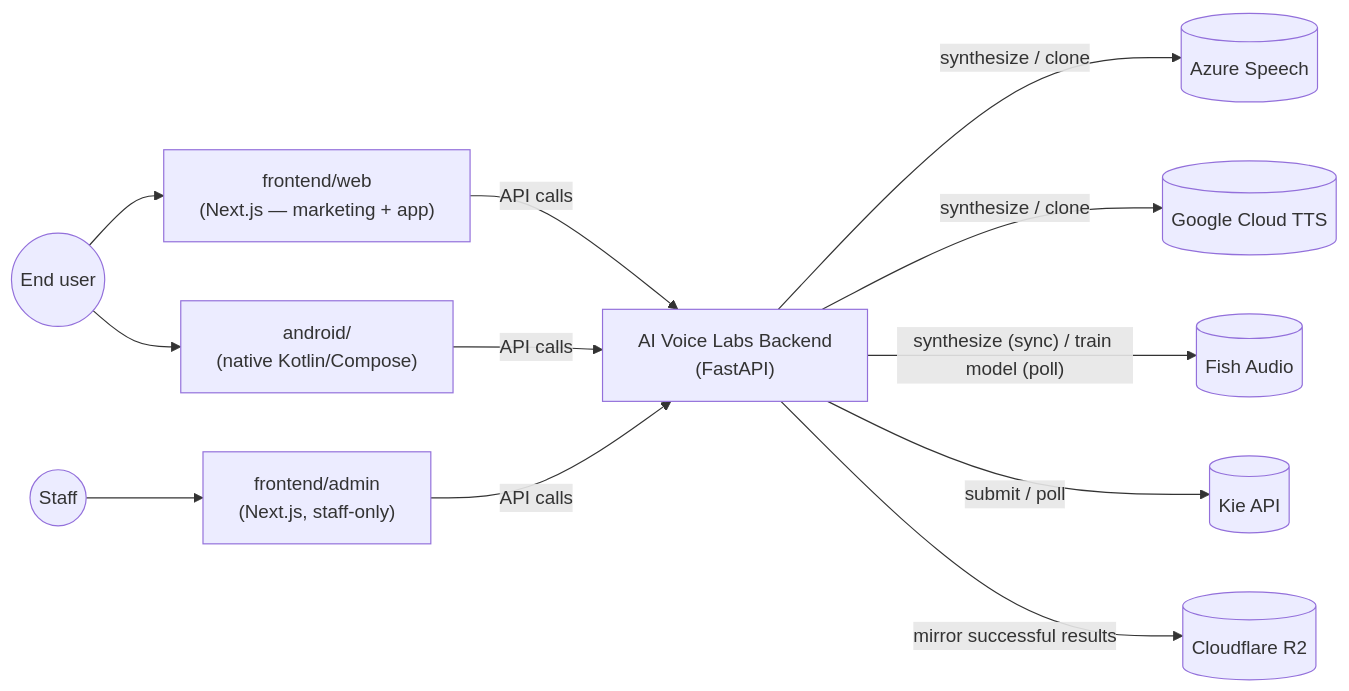
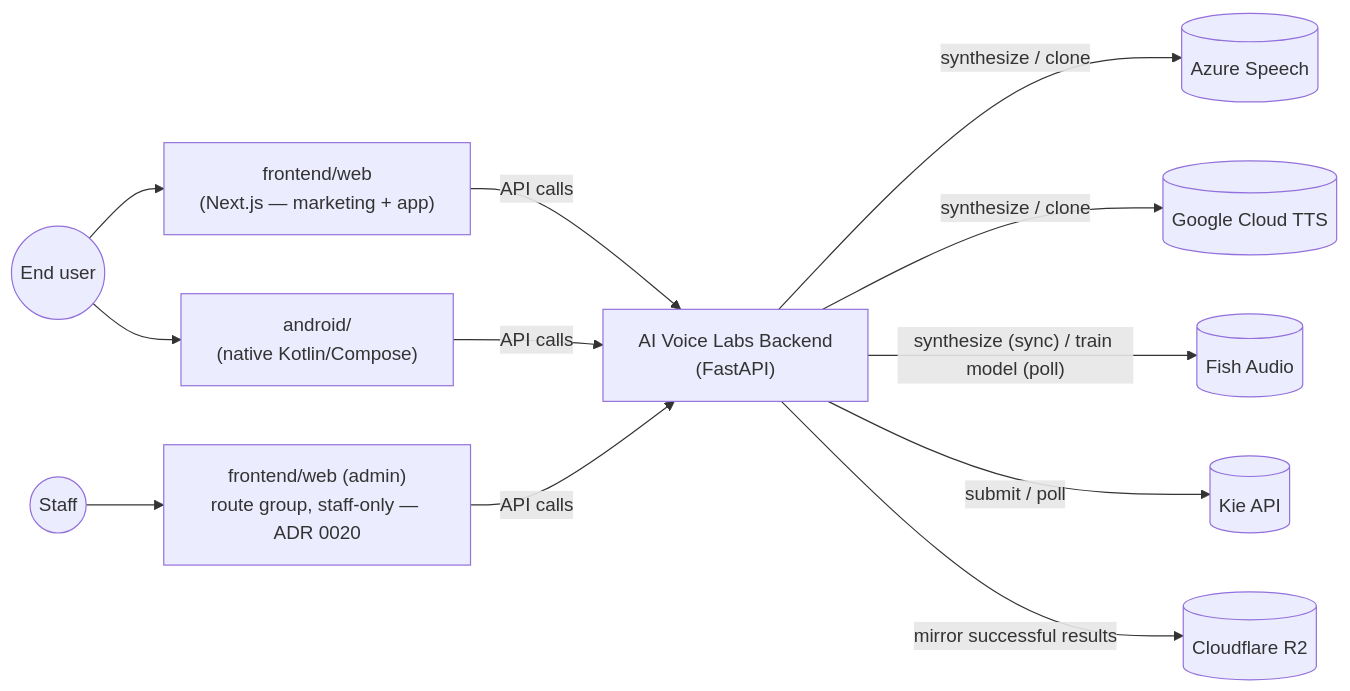
One commit to bensting/voicica-ai-v2 changed the first of 6 diagrams in docs/architecture.md. Above: the diagram before and after it, drawn with Mermaid. The commit also changed 17 other files, not shown here.

````diff
--- a/docs/architecture.md
+++ b/docs/architecture.md
@@ -7,16 +7,16 @@
 ```mermaid
 graph LR
     User(("End user")) --> Web["frontend/web<br/>(Next.js — marketing + app)"]
     User --> App["android/<br/>(native Kotlin/Compose)"]
-    Staff(("Staff")) --> Admin["frontend/admin<br/>(Next.js, staff-only)"]
+    Staff(("Staff")) --> Admin["frontend/web (admin)<br/>route group, staff-only — ADR 0020"]
 
     Web -->|"API calls"| Backend["AI Voice Labs Backend<br/>(FastAPI)"]
     App -->|"API calls"| Backend
     Admin -->|"API calls"| Backend
 
     Backend -->|"synthesize / clone"| Azure[("Azure Speech")]
     Backend -->|"synthesize / clone"| Google[("Google Cloud TTS")]
     Backend -->|"synthesize (sync) / train model (poll)"| Fish[("Fish Audio")]
     Backend -->|"submit / poll"| Kie[("Kie API")]
     Backend -->|"mirror successful results"| R2[("Cloudflare R2")]
 ```
````
